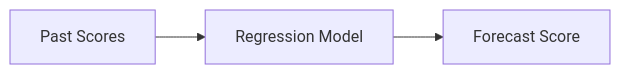
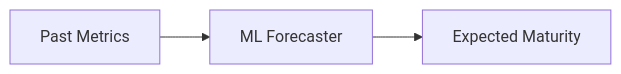
Before and after one commit to Devopstrio/identity-security-scorecard: diagram 23 of 30 in README.md, drawn with Mermaid. The commit also changed other lines of this file, not shown here.

Commit message:
docs: finalize premium institutional-grade README with 30+ diagrams and executive summary

````diff
--- a/README.md
+++ b/README.md
@@ -291,5 +288,5 @@
 ```mermaid
 graph LR
-    P[Past Scores] --> ML[Regression Model]
-    ML --> F[Forecast Score]
+    Past[Past Metrics] --> Model[ML Forecaster]
+    Model --> Future[Expected Maturity]
 ```
````
